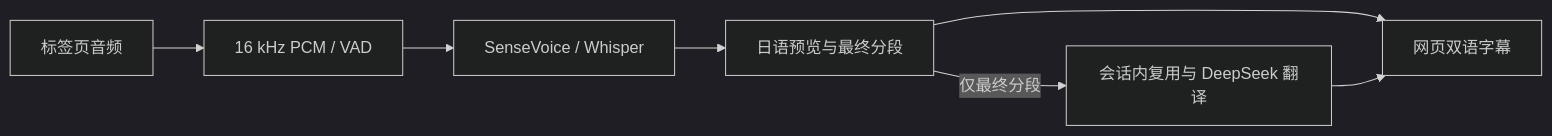
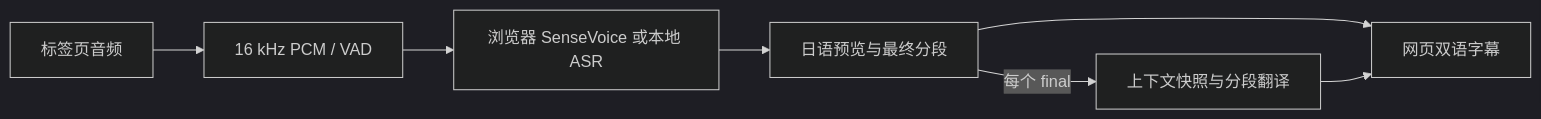
The diagram in README.md (VivoWalker/Live-Translation), drawn with Mermaid (dark theme) before and after one commit. The commit also changed other lines of this file and 4 other files, not shown here.

Commit message:
docs(architecture): document model deployment and evaluation results

````diff
--- a/README.md
+++ b/README.md
@@ -82,9 +81,9 @@
 ```mermaid
 flowchart LR
     A[标签页音频] --> B[16 kHz PCM / VAD]
-    B --> C[SenseVoice / Whisper]
+    B --> C[浏览器 SenseVoice 或本地 ASR]
     C --> D[日语预览与最终分段]
-    D -->|仅最终分段| E[会话内复用与 DeepSeek 翻译]
+    D -->|每个 final| E[上下文快照与分段翻译]
     D --> F[网页双语字幕]
     E --> F
 ```
````
